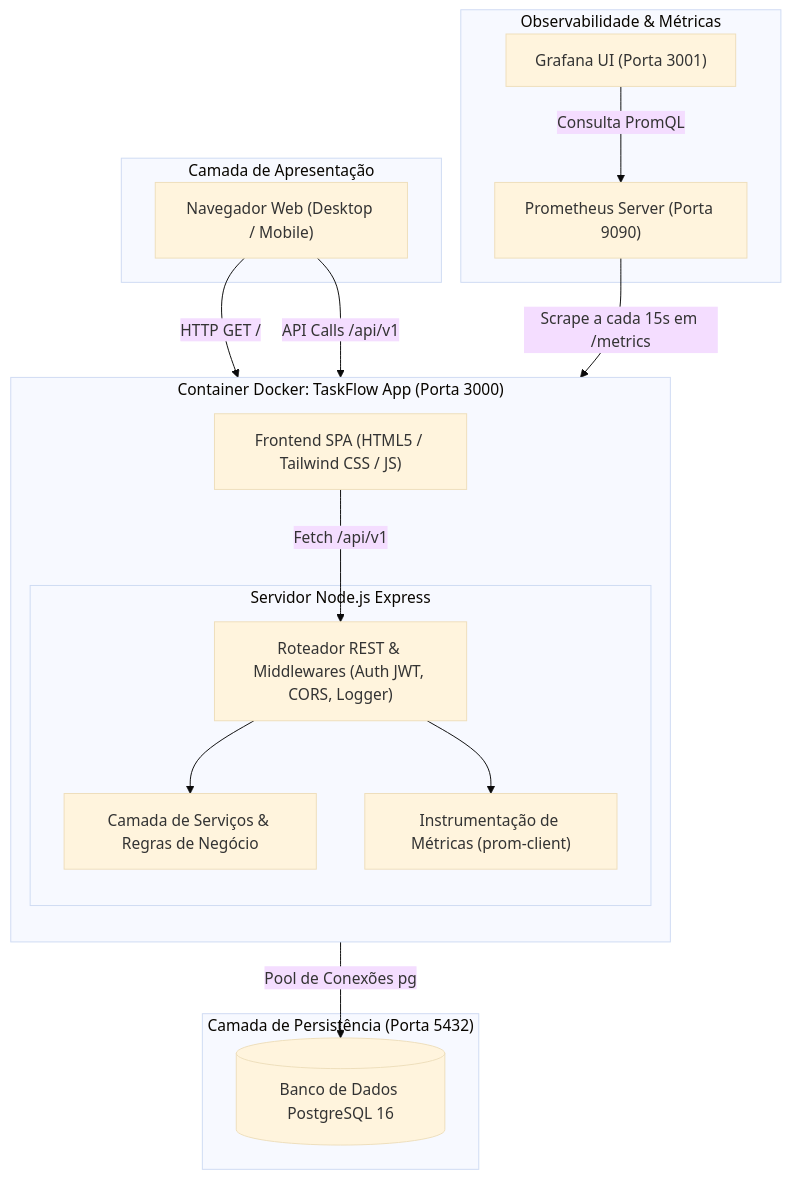
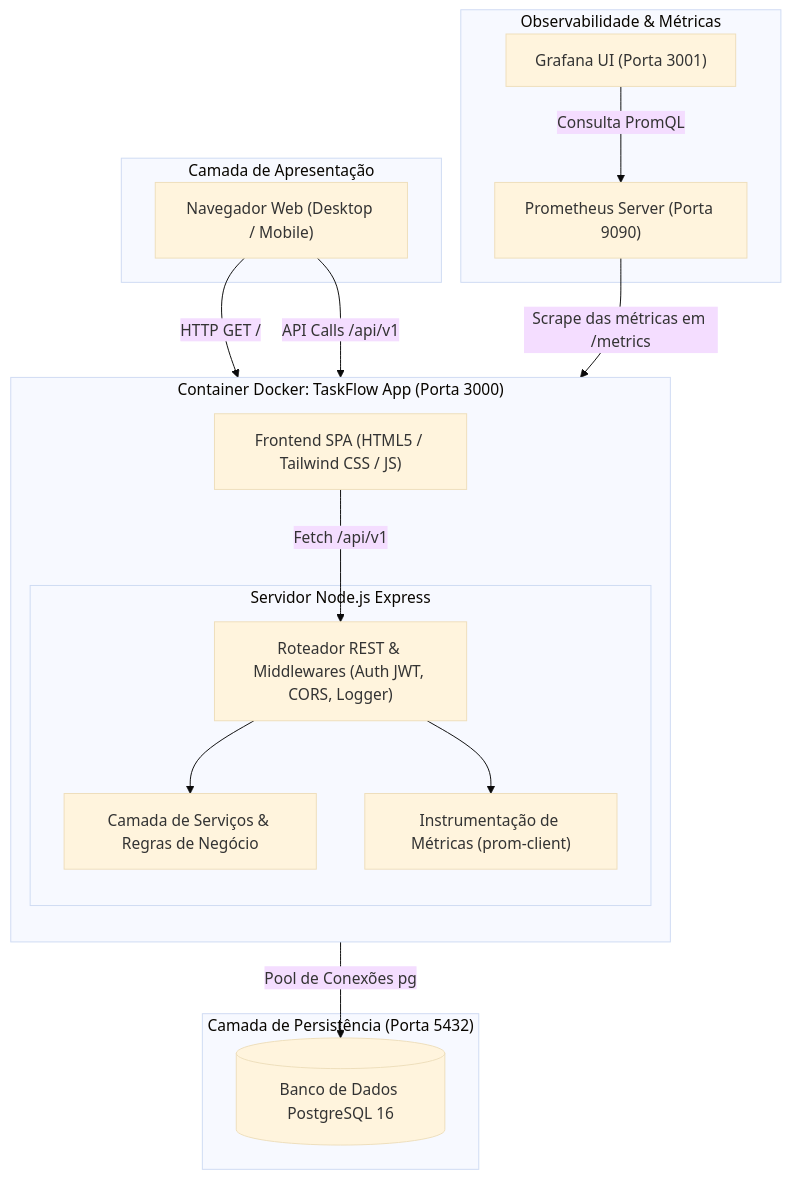
Before and after one commit to IgorFreitasf/taskflow-devops: the first of 2 diagrams in README.md, drawn with Mermaid (base theme). The commit also changed other lines of this file, not shown here.

````diff
--- a/README.md
+++ b/README.md
@@ -37,34 +45,34 @@
 ```mermaid
 flowchart TD
     subgraph ClientLayer["Camada de Apresentação"]
         Browser["Navegador Web (Desktop / Mobile)"]
     end
 
     subgraph AppHost["Container Docker: TaskFlow App (Porta 3000)"]
         direction TB
         Frontend["Frontend SPA (HTML5 / Tailwind CSS / JS)"]
         subgraph ExpressCore["Servidor Node.js Express"]
             Router["Roteador REST & Middlewares (Auth JWT, CORS, Logger)"]
             ServiceLayer["Camada de Serviços & Regras de Negócio"]
             MetricsModule["Instrumentação de Métricas (prom-client)"]
         end
         Frontend -->|Fetch /api/v1| Router
         Router --> ServiceLayer
         Router --> MetricsModule
     end
 
     subgraph DataLayer["Camada de Persistência (Porta 5432)"]
         PostgresDB[("Banco de Dados PostgreSQL 16")]
     end
 
     subgraph ObservabilityLayer["Observabilidade & Métricas"]
         PrometheusServer["Prometheus Server (Porta 9090)"]
         GrafanaDashboard["Grafana UI (Porta 3001)"]
     end
 
     Browser -->|HTTP GET /| Frontend
     Browser -->|API Calls /api/v1| Router
     ServiceLayer -->|Pool de Conexões pg| PostgresDB
-    PrometheusServer -->|Scrape a cada 15s em /metrics| MetricsModule
+    PrometheusServer -->|Scrape das métricas em /metrics| MetricsModule
     GrafanaDashboard -->|Consulta PromQL| PrometheusServer
 ```
````
